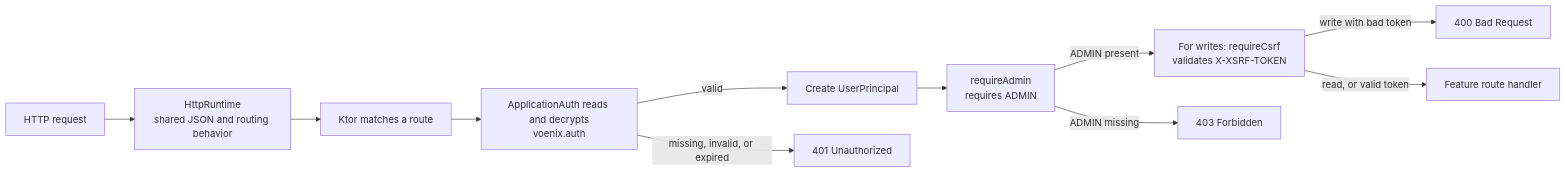
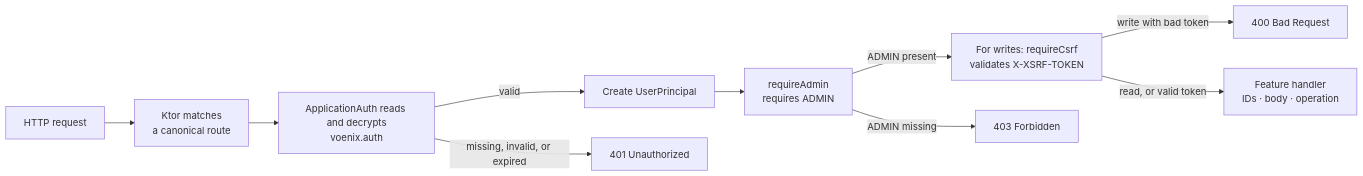
Before and after one commit to bitstorm-tech/voenix-shop-kotlin: the diagram in docs/dev/backend/authentication-and-authorization.md, drawn with Mermaid. The commit also changed other lines of this file and 43 other files, not shown here.

Commit message:
Refactor shop flows and refresh developer documentation

````diff
--- a/docs/dev/backend/authentication-and-authorization.md
+++ b/docs/dev/backend/authentication-and-authorization.md
@@ -47,22 +48,20 @@
 ```mermaid
 flowchart LR
     Request["HTTP request"]
-    Http["HttpRuntime<br/>shared JSON and routing behavior"]
-    Match["Ktor matches a route"]
+    Match["Ktor matches<br/>a canonical route"]
     Cookie["ApplicationAuth reads and decrypts<br/>voenix.auth"]
     Principal["Create UserPrincipal"]
     Role["requireAdmin<br/>requires ADMIN"]
     Csrf["For writes: requireCsrf<br/>validates X-XSRF-TOKEN"]
-    Handler["Feature route handler"]
+    Handler["Feature handler<br/>IDs · body · operation"]
 
-    Request --> Http
-    Http --> Match
+    Request --> Match
     Match --> Cookie
     Cookie -->|"missing, invalid, or expired"| Unauthorized["401 Unauthorized"]
     Cookie -->|"valid"| Principal
     Principal --> Role
     Role -->|"ADMIN missing"| Forbidden["403 Forbidden"]
     Role -->|"ADMIN present"| Csrf
     Csrf -->|"write with bad token"| BadRequest["400 Bad Request"]
     Csrf -->|"read, or valid token"| Handler
 ```
````
